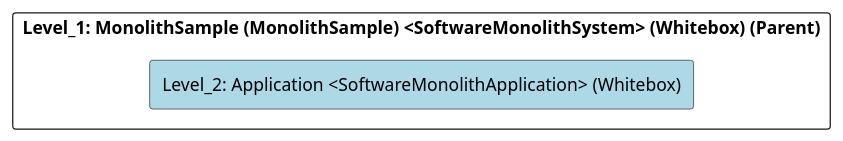
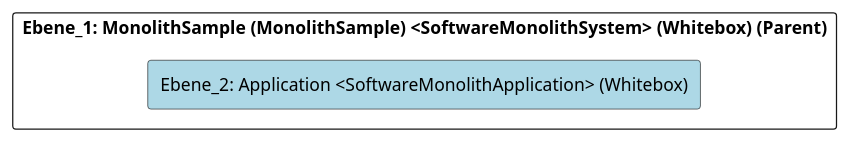
Before and after one commit to marcozwyssig/cleon: the diagram in src/cleon.architecturemethods.arc42.sample/doc/cleon_architecturemethods_arc42_sample_software_monolith/adoc/en/05_building_block_view/monolithsample/application/level_2_application.adoc, drawn with PlantUML. The commit also changed other lines of this file and 214 other files, not shown here.

```diff
--- a/src/cleon.architecturemethods.arc42.sample/doc/cleon_architecturemethods_arc42_sample_software_monolith/adoc/en/05_building_block_view/monolithsample/application/level_2_application.adoc
+++ b/src/cleon.architecturemethods.arc42.sample/doc/cleon_architecturemethods_arc42_sample_software_monolith/adoc/en/05_building_block_view/monolithsample/application/level_2_application.adoc
@@ -20,24 +20,24 @@
-[plantuml, Level_2: Application <SoftwareMonolithApplication> (Whitebox)BlockOverview, format="svg"]
+[plantuml, Ebene_2: Application <SoftwareMonolithApplication> (Whitebox)BlockOverview, format="svg"]
 ----
-@startuml Level_2: Application <SoftwareMonolithApplication> (Whitebox)BuildingBlockOverview
+@startuml Ebene_2: Application <SoftwareMonolithApplication> (Whitebox)BuildingBlockOverview
 
 skinparam ranksep 10
 skinparam componentStyle rectangle
 skinparam shadowing false
 skinparam arrowColor lightblue
 skinparam arrowThickness 1.2
 skinparam rectangle {
   BackgroundColor White
   BorderColor #333
   RoundCorner 10
 }
 top to bottom direction
 
-component "Level_1: MonolithSample (MonolithSample) <SoftwareMonolithSystem> (Whitebox) (Parent)" {
-    component "Level_2: Application <SoftwareMonolithApplication> (Whitebox)" #lightblue {
+component "Ebene_1: MonolithSample (MonolithSample) <SoftwareMonolithSystem> (Whitebox) (Parent)" {
+    component "Ebene_2: Application <SoftwareMonolithApplication> (Whitebox)" #lightblue {
     }
 
 }
 
 @enduml
 ----
```
